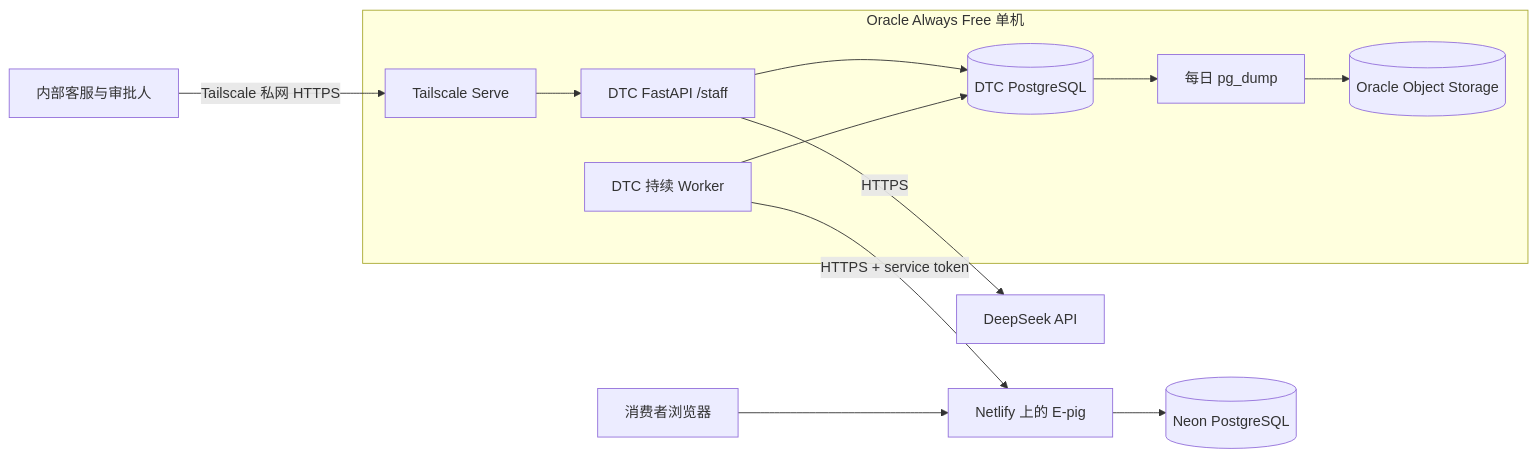
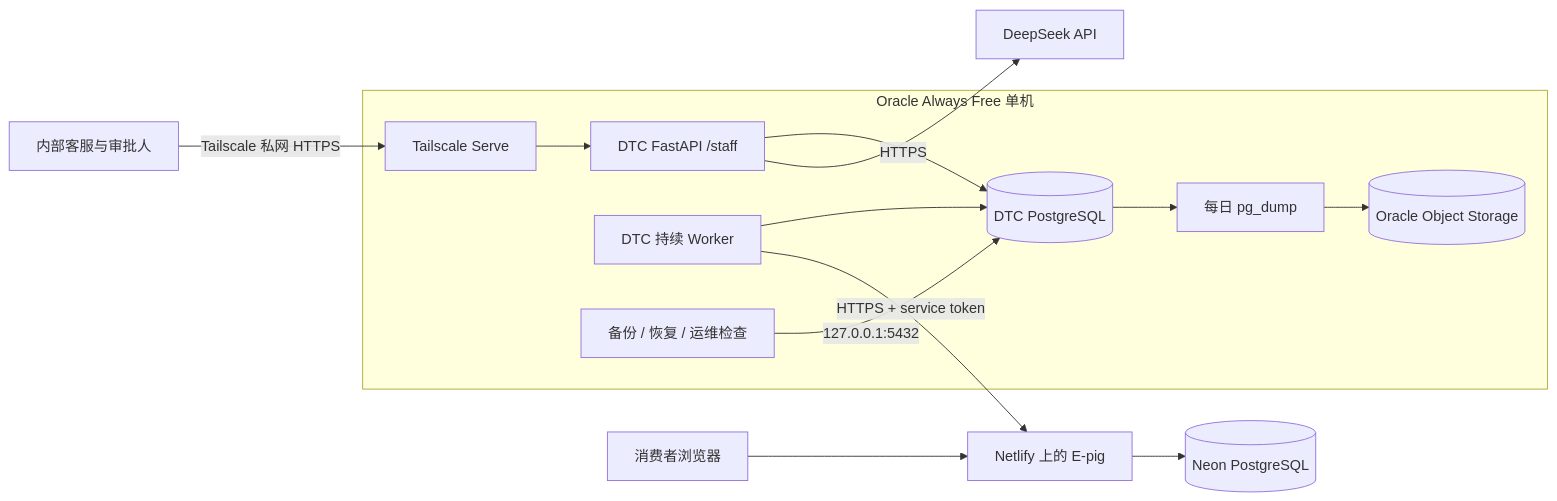
Before and after one commit to Lee-NG915/dtc-support-agent: the diagram in docs/11-deployment.md, drawn with Mermaid. The commit also changed other lines of this file and 12 other files, not shown here.

````diff
--- a/docs/11-deployment.md
+++ b/docs/11-deployment.md
@@ -19,15 +19,16 @@
 ```mermaid
 flowchart LR
     Consumer[消费者浏览器] --> Netlify[Netlify 上的 E-pig]
     Netlify --> Neon[(Neon PostgreSQL)]
     Staff[内部客服与审批人] -->|Tailscale 私网 HTTPS| Tailnet[Tailscale Serve]
     subgraph OracleVM[Oracle Always Free 单机]
         Tailnet --> DTCAPI[DTC FastAPI /staff]
         DTCAPI --> DTCDB[(DTC PostgreSQL)]
         DTCWorker[DTC 持续 Worker] --> DTCDB
+        HostOps[备份 / 恢复 / 运维检查] -->|127.0.0.1:5432| DTCDB
         Backup[每日 pg_dump] --> ObjectStorage[(Oracle Object Storage)]
         DTCDB --> Backup
     end
     DTCWorker -->|HTTPS + service token| Netlify
     DTCAPI -->|HTTPS| DeepSeek[DeepSeek API]
 ```
````
